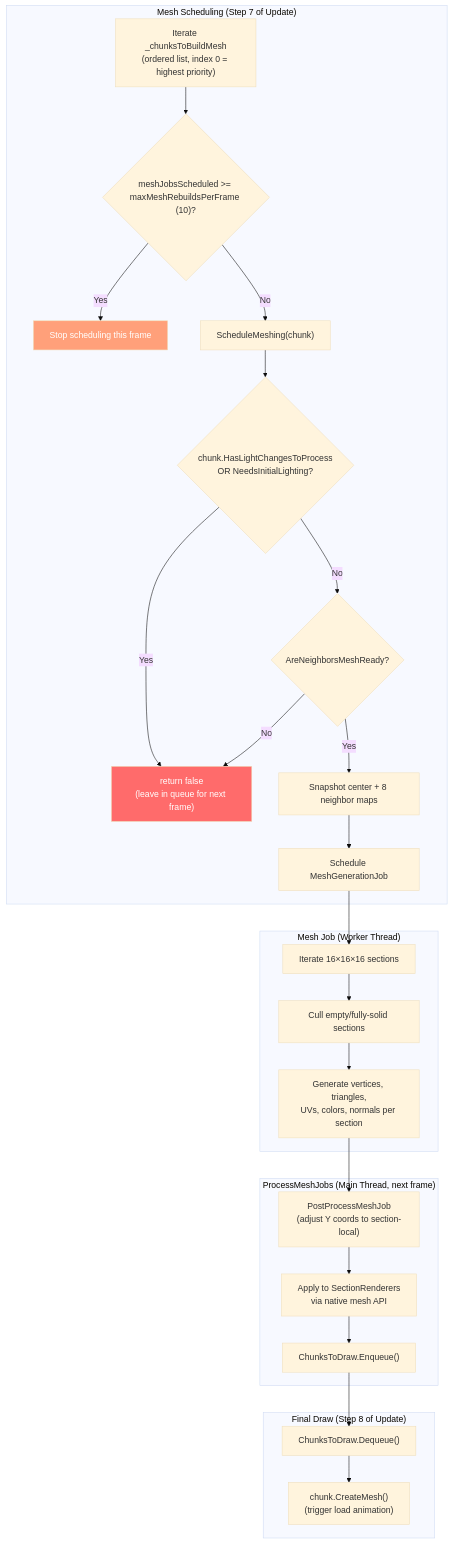
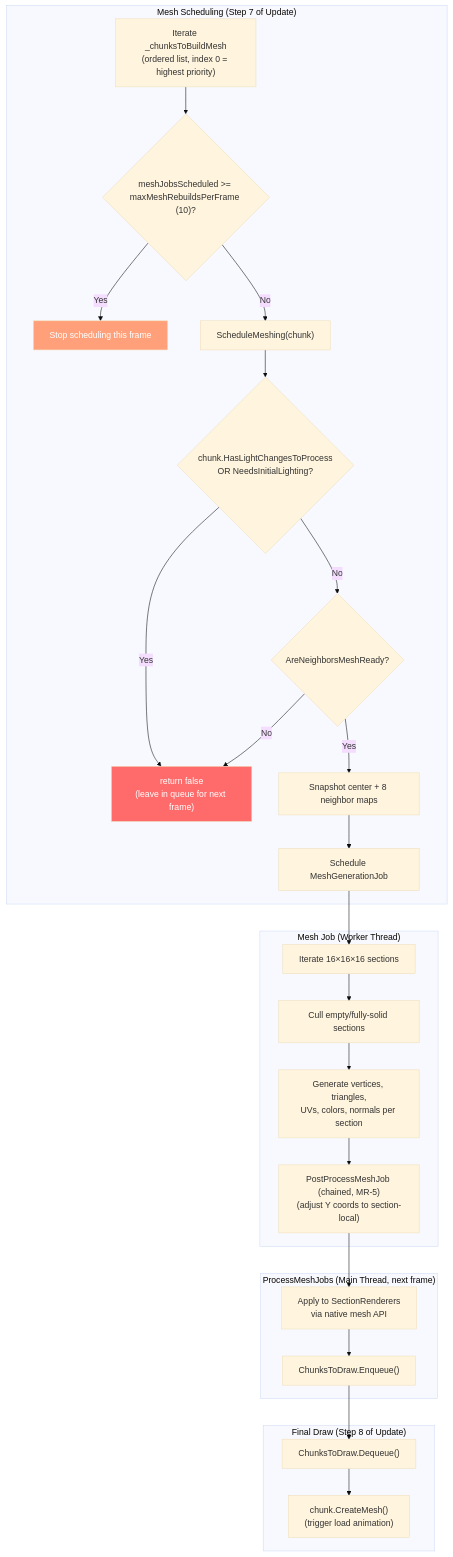
One commit to A-Van-Gestel/Unity-Minecraft_Clone changed the fifth of 8 diagrams in Documentation/Architecture/CHUNK_LIFECYCLE_PIPELINE.md. Above: the diagram before and after it, drawn with Mermaid (base theme). The commit also changed 3 other files, not shown here.

Commit message:
Optimized: chain MeshPostProcessJob off the main thread (MR-5)

````diff
--- a/Documentation/Architecture/CHUNK_LIFECYCLE_PIPELINE.md
+++ b/Documentation/Architecture/CHUNK_LIFECYCLE_PIPELINE.md
@@ -307,35 +307,35 @@
 ```mermaid
 flowchart TD
     subgraph "Mesh Scheduling (Step 7 of Update)"
         M1["Iterate _chunksToBuildMesh<br/>(ordered list, index 0 = highest priority)"]
         M1 --> M2{"meshJobsScheduled >= maxMeshRebuildsPerFrame (10)?"}
         M2 -- Yes --> M_DONE["Stop scheduling this frame"]
         M2 -- No --> M3["ScheduleMeshing(chunk)"]
         M3 --> M4{"chunk.HasLightChangesToProcess<br/>OR NeedsInitialLighting?"}
         M4 -- Yes --> M_SKIP["return false<br/>(leave in queue for next frame)"]
         M4 -- No --> M5{"AreNeighborsMeshReady?"}
         M5 -- No --> M_SKIP
         M5 -- Yes --> M6["Snapshot center + 8 neighbor maps"]
         M6 --> M7["Schedule MeshGenerationJob"]
     end
 
     subgraph "Mesh Job (Worker Thread)"
         M7 --> MJ1["Iterate 16×16×16 sections"]
         MJ1 --> MJ2["Cull empty/fully-solid sections"]
         MJ2 --> MJ3["Generate vertices, triangles,<br/>UVs, colors, normals per section"]
+        MJ3 --> MP1["PostProcessMeshJob (chained, MR-5)<br/>(adjust Y coords to section-local)"]
     end
 
     subgraph "ProcessMeshJobs (Main Thread, next frame)"
-        MJ3 --> MP1["PostProcessMeshJob<br/>(adjust Y coords to section-local)"]
         MP1 --> MP2["Apply to SectionRenderers<br/>via native mesh API"]
         MP2 --> MP3["ChunksToDraw.Enqueue()"]
     end
 
     subgraph "Final Draw (Step 8 of Update)"
         MP3 --> FD1["ChunksToDraw.Dequeue()"]
         FD1 --> FD2["chunk.CreateMesh()<br/>(trigger load animation)"]
     end
 
     style M_SKIP fill: #ff6b6b, color: #fff
     style M_DONE fill: #ffa07a, color: #fff
 ```
````
